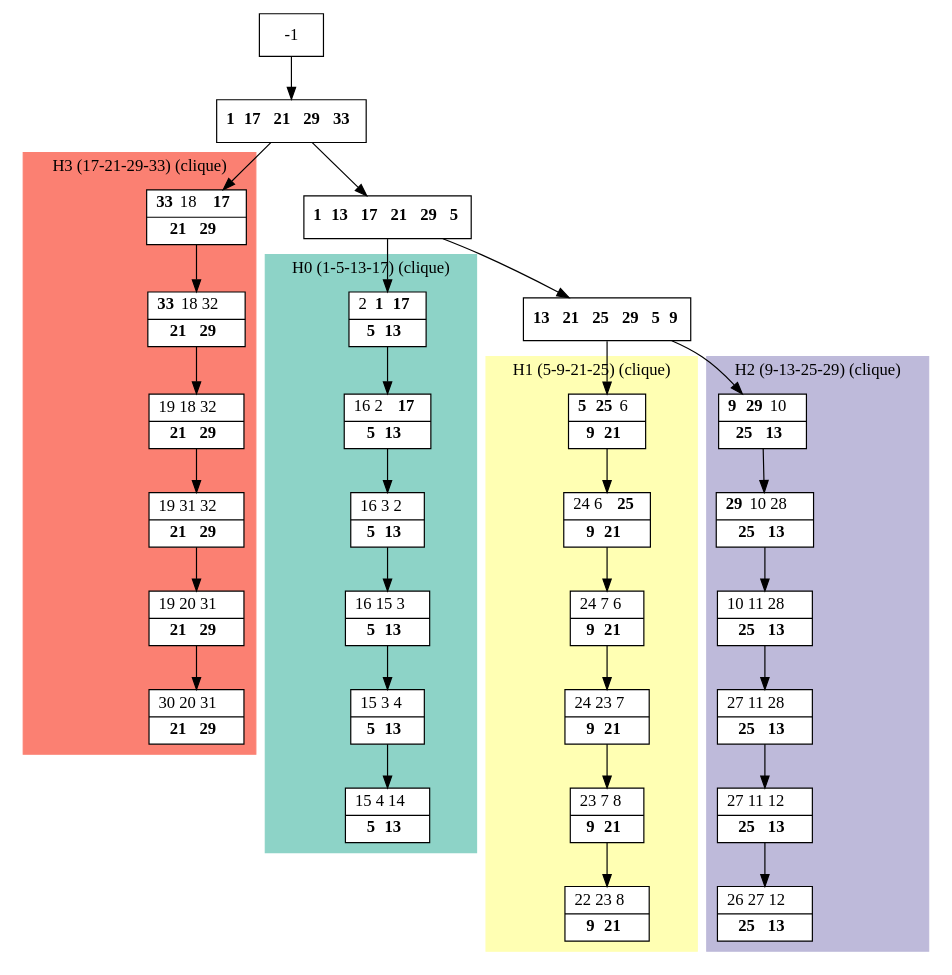
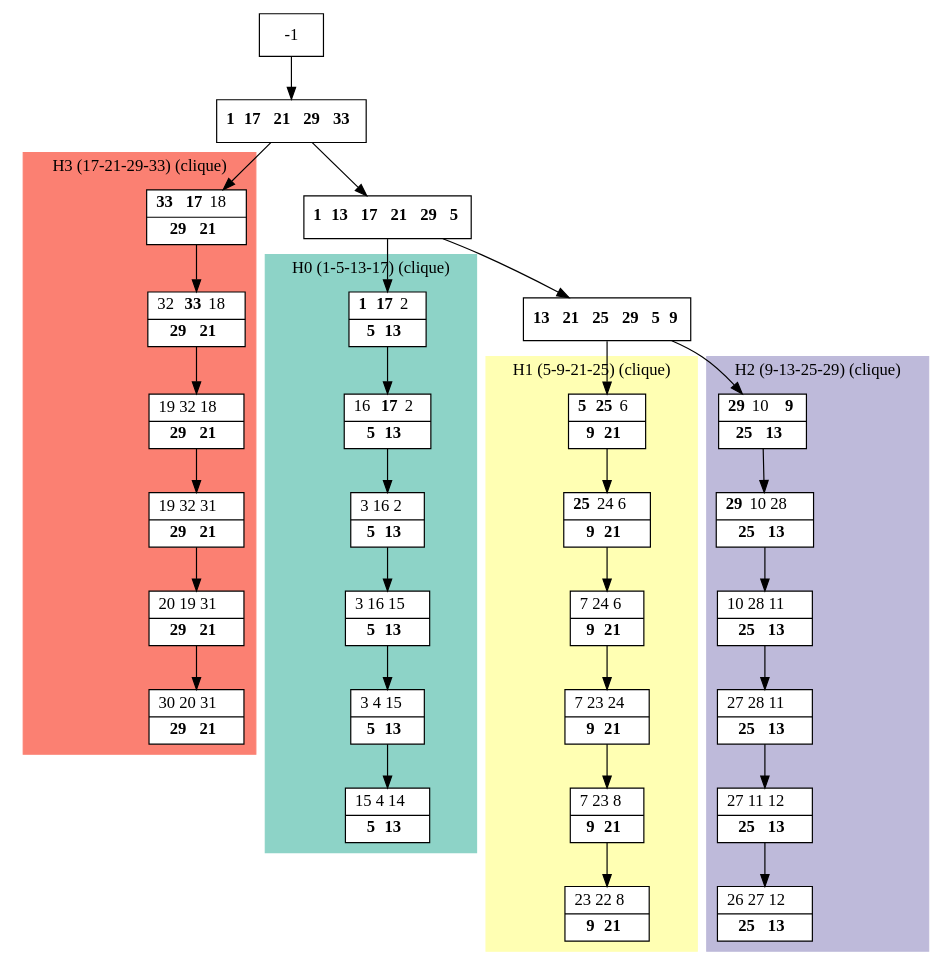
One commit to bmarchand/auto-dp changed the diagram in results/dot_files/processed_M.dot. Above: the diagram before and after it, drawn with Graphviz. The commit also changed 56 other files, not shown here.

```diff
--- a/results/dot_files/processed_M.dot
+++ b/results/dot_files/processed_M.dot
@@ -1,69 +1,69 @@
 digraph G {
     node [shape=box];
     subgraph cluster0 {
         node [style=filled,fillcolor=white];
         labeljust="l";
         style=filled;
         color="#8DD3C7";
         H0_0 -> H0_1 -> H0_2 -> H0_3 -> H0_4 -> H0_5;
         label="H0 (1-5-13-17) (clique)";
     }
     subgraph cluster1 {
         node [style=filled,fillcolor=white];
         labeljust="l";
         style=filled;
         color="#FFFFB3";
         H1_0 -> H1_1 -> H1_2 -> H1_3 -> H1_4 -> H1_5;
         label="H1 (5-9-21-25) (clique)";
     }
     subgraph cluster2 {
         node [style=filled,fillcolor=white];
         labeljust="l";
         style=filled;
         color="#BEBADA";
         H2_0 -> H2_1 -> H2_2 -> H2_3 -> H2_4 -> H2_5;
         label="H2 (9-13-25-29) (clique)";
     }
     subgraph cluster3 {
         node [style=filled,fillcolor=white];
         labeljust="l";
         style=filled;
         color="#FB8072";
         H3_0 -> H3_1 -> H3_2 -> H3_3 -> H3_4 -> H3_5;
         label="H3 (17-21-29-33) (clique)";
     }
      1 [shape=record,label= <{ <b>1</b> <b>17</b> <b>21</b> <b>29</b> <b>33</b>}> ];
      -1  ->  1;
-     H3_0 [shape=record,label= <{ <b>33</b> 18 <b>17</b>|  <b>21</b> <b>29</b>}> ];
+     H3_0 [shape=record,label= <{ <b>33</b> <b>17</b> 18|  <b>29</b> <b>21</b>}> ];
      1  ->  H3_0;
-     H3_1 [shape=record,label= <{ <b>33</b> 18 32|  <b>21</b> <b>29</b>}> ];
-     H3_2 [shape=record,label= <{ 19 18 32|  <b>21</b> <b>29</b>}> ];
-     H3_3 [shape=record,label= <{ 19 31 32|  <b>21</b> <b>29</b>}> ];
-     H3_4 [shape=record,label= <{ 19 20 31|  <b>21</b> <b>29</b>}> ];
-     H3_5 [shape=record,label= <{ 30 20 31|  <b>21</b> <b>29</b>}> ];
+     H3_1 [shape=record,label= <{ 32 <b>33</b> 18|  <b>29</b> <b>21</b>}> ];
+     H3_2 [shape=record,label= <{ 19 32 18|  <b>29</b> <b>21</b>}> ];
+     H3_3 [shape=record,label= <{ 19 32 31|  <b>29</b> <b>21</b>}> ];
+     H3_4 [shape=record,label= <{ 20 19 31|  <b>29</b> <b>21</b>}> ];
+     H3_5 [shape=record,label= <{ 30 20 31|  <b>29</b> <b>21</b>}> ];
      3 [shape=record,label= <{ <b>1</b> <b>13</b> <b>17</b> <b>21</b> <b>29</b> <b>5</b>}> ];
      1  ->  3;
      6 [shape=record,label= <{ <b>13</b> <b>21</b> <b>25</b> <b>29</b> <b>5</b> <b>9</b>}> ];
      3  ->  6;
      H1_0 [shape=record,label= <{ <b>5</b> <b>25</b> 6|  <b>9</b> <b>21</b>}> ];
      6  ->  H1_0;
-     H1_1 [shape=record,label= <{ 24 6 <b>25</b>|  <b>9</b> <b>21</b>}> ];
-     H1_2 [shape=record,label= <{ 24 7 6|  <b>9</b> <b>21</b>}> ];
-     H1_3 [shape=record,label= <{ 24 23 7|  <b>9</b> <b>21</b>}> ];
-     H1_4 [shape=record,label= <{ 23 7 8|  <b>9</b> <b>21</b>}> ];
-     H1_5 [shape=record,label= <{ 22 23 8|  <b>9</b> <b>21</b>}> ];
-     H2_0 [shape=record,label= <{ <b>9</b> <b>29</b> 10|  <b>25</b> <b>13</b>}> ];
+     H1_1 [shape=record,label= <{ <b>25</b> 24 6|  <b>9</b> <b>21</b>}> ];
+     H1_2 [shape=record,label= <{ 7 24 6|  <b>9</b> <b>21</b>}> ];
+     H1_3 [shape=record,label= <{ 7 23 24|  <b>9</b> <b>21</b>}> ];
+     H1_4 [shape=record,label= <{ 7 23 8|  <b>9</b> <b>21</b>}> ];
+     H1_5 [shape=record,label= <{ 23 22 8|  <b>9</b> <b>21</b>}> ];
+     H2_0 [shape=record,label= <{ <b>29</b> 10 <b>9</b>|  <b>25</b> <b>13</b>}> ];
      6  ->  H2_0;
      H2_1 [shape=record,label= <{ <b>29</b> 10 28|  <b>25</b> <b>13</b>}> ];
-     H2_2 [shape=record,label= <{ 10 11 28|  <b>25</b> <b>13</b>}> ];
-     H2_3 [shape=record,label= <{ 27 11 28|  <b>25</b> <b>13</b>}> ];
+     H2_2 [shape=record,label= <{ 10 28 11|  <b>25</b> <b>13</b>}> ];
+     H2_3 [shape=record,label= <{ 27 28 11|  <b>25</b> <b>13</b>}> ];
      H2_4 [shape=record,label= <{ 27 11 12|  <b>25</b> <b>13</b>}> ];
      H2_5 [shape=record,label= <{ 26 27 12|  <b>25</b> <b>13</b>}> ];
-     H0_0 [shape=record,label= <{ 2 <b>1</b> <b>17</b>|  <b>5</b> <b>13</b>}> ];
+     H0_0 [shape=record,label= <{ <b>1</b> <b>17</b> 2|  <b>5</b> <b>13</b>}> ];
      3  ->  H0_0;
-     H0_1 [shape=record,label= <{ 16 2 <b>17</b>|  <b>5</b> <b>13</b>}> ];
-     H0_2 [shape=record,label= <{ 16 3 2|  <b>5</b> <b>13</b>}> ];
-     H0_3 [shape=record,label= <{ 16 15 3|  <b>5</b> <b>13</b>}> ];
-     H0_4 [shape=record,label= <{ 15 3 4|  <b>5</b> <b>13</b>}> ];
+     H0_1 [shape=record,label= <{ 16 <b>17</b> 2|  <b>5</b> <b>13</b>}> ];
+     H0_2 [shape=record,label= <{ 3 16 2|  <b>5</b> <b>13</b>}> ];
+     H0_3 [shape=record,label= <{ 3 16 15|  <b>5</b> <b>13</b>}> ];
+     H0_4 [shape=record,label= <{ 3 4 15|  <b>5</b> <b>13</b>}> ];
      H0_5 [shape=record,label= <{ 15 4 14|  <b>5</b> <b>13</b>}> ];
 }
```
